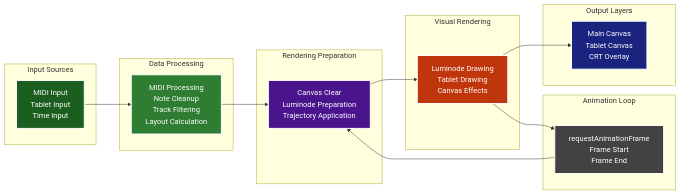
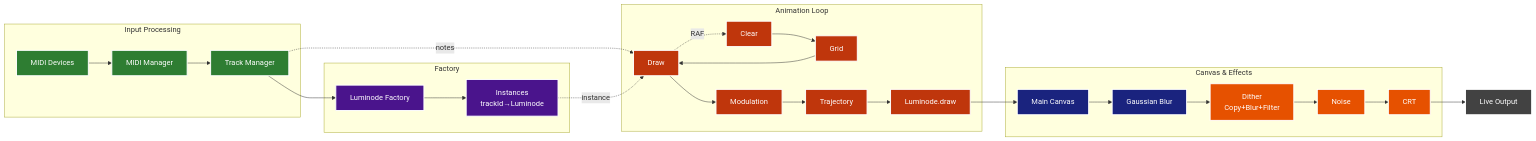
Before and after one commit to rafaelbecks/glow: the first of 2 diagrams in diagrams/04-rendering-pipeline.md, drawn with Mermaid. The commit also changed other lines of this file, not shown here.

Commit message:
updated diagrams

````diff
--- a/diagrams/04-rendering-pipeline.md
+++ b/diagrams/04-rendering-pipeline.md
@@ -5,48 +5,66 @@
 ```mermaid
 graph LR
-    subgraph "Input Sources"
-        INPUT[MIDI Input<br/>Tablet Input<br/>Time Input]
+    subgraph "Input Processing"
+        MIDI[MIDI Devices]
+        MIDIMGR[MIDI Manager]
+        TRACKMGR[Track Manager]
     end
     
-    subgraph "Data Processing"
-        PROCESSING[MIDI Processing<br/>Note Cleanup<br/>Track Filtering<br/>Layout Calculation]
-    end
-    
-    subgraph "Rendering Preparation"
-        PREPARATION[Canvas Clear<br/>Luminode Preparation<br/>Trajectory Application]
-    end
-    
-    subgraph "Visual Rendering"
-        RENDERING[Luminode Drawing<br/>Tablet Drawing<br/>Canvas Effects]
-    end
-    
-    subgraph "Output Layers"
-        OUTPUT[Main Canvas<br/>Tablet Canvas<br/>CRT Overlay]
+    subgraph Factory
+        FACTORY[Luminode Factory]
+        LUMINST[Instances<br/>trackId→Luminode]
     end
     
     subgraph "Animation Loop"
-        ANIMATION[requestAnimationFrame<br/>Frame Start<br/>Frame End]
+        CLEAR[Clear]
+        GRID[Grid]
+        DRAW[Draw]
+        MOD[Modulation]
+        TRAJ[Trajectory]
+        LUMINODE[Luminode.draw]
     end
     
-    %% Main flow
-    INPUT --> PROCESSING
-    PROCESSING --> PREPARATION
-    PREPARATION --> RENDERING
-    RENDERING --> OUTPUT
-    ANIMATION --> PREPARATION
-    RENDERING --> ANIMATION
+    subgraph "Canvas & Effects"
+        MAIN[Main Canvas]
+        GAUSSIAN[Gaussian Blur]
+        DITHER[Dither<br/>Copy+Blur+Filter]
+        NOISE[Noise]
+        CRT[CRT]
+    end
     
-    classDef input fill:#1b5e20,stroke:#ffffff,stroke-width:2px,color:#ffffff
-    classDef processing fill:#2e7d32,stroke:#ffffff,stroke-width:2px,color:#ffffff
-    classDef preparation fill:#4a148c,stroke:#ffffff,stroke-width:2px,color:#ffffff
-    classDef rendering fill:#bf360c,stroke:#ffffff,stroke-width:2px,color:#ffffff
-    classDef output fill:#1a237e,stroke:#ffffff,stroke-width:2px,color:#ffffff
-    classDef animation fill:#424242,stroke:#ffffff,stroke-width:2px,color:#ffffff
+    OUTPUT[Live Output]
     
-    class INPUT input
-    class PROCESSING processing
-    class PREPARATION preparation
-    class RENDERING rendering
+    MIDI --> MIDIMGR
+    MIDIMGR --> TRACKMGR
+    TRACKMGR --> FACTORY
+    FACTORY --> LUMINST
+    CLEAR --> GRID
+    GRID --> DRAW
+    DRAW --> MOD
+    MOD --> TRAJ
+    TRAJ --> LUMINODE
+    LUMINODE --> MAIN
+    MAIN --> GAUSSIAN
+    GAUSSIAN --> DITHER
+    DITHER --> NOISE
+    NOISE --> CRT
+    CRT --> OUTPUT
+    
+    TRACKMGR -.->|notes| DRAW
+    LUMINST -.->|instance| DRAW
+    DRAW -.->|RAF| CLEAR
+    
+    classDef input fill:#2e7d32,stroke:#fff,stroke-width:2px,color:#fff
+    classDef factory fill:#4a148c,stroke:#fff,stroke-width:2px,color:#fff
+    classDef animation fill:#bf360c,stroke:#fff,stroke-width:2px,color:#fff
+    classDef canvas fill:#1a237e,stroke:#fff,stroke-width:2px,color:#fff
+    classDef postprocess fill:#e65100,stroke:#fff,stroke-width:2px,color:#fff
+    classDef output fill:#424242,stroke:#fff,stroke-width:2px,color:#fff
+    
+    class MIDI,MIDIMGR,TRACKMGR input
+    class FACTORY,LUMINST factory
+    class CLEAR,GRID,DRAW,MOD,TRAJ,LUMINODE animation
+    class MAIN,GAUSSIAN canvas
+    class DITHER,NOISE,CRT postprocess
     class OUTPUT output
-    class ANIMATION animation
 ```
````
